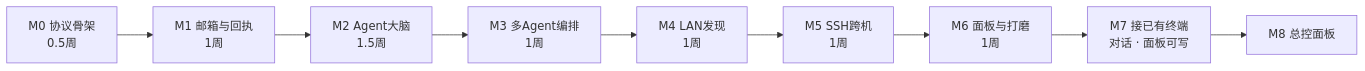
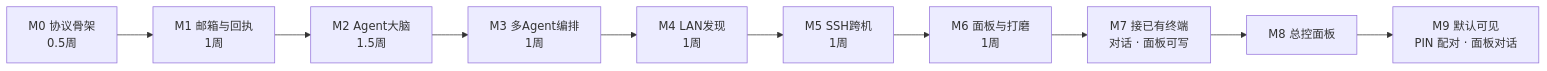
One commit to ykxian/anthill changed the diagram in docs/04-roadmap.md. Above: the diagram before and after it, drawn with Mermaid. The commit also changed other lines of this file and 34 other files, not shown here.

First line of the commit message:
feat: 自动一点 —— 默认可见、PIN 配对、面板上对话与配别的机器（M9）

````diff
--- a/docs/04-roadmap.md
+++ b/docs/04-roadmap.md
@@ -8,6 +8,6 @@
 ```mermaid
 flowchart LR
     M0[M0 协议骨架<br/>0.5周] --> M1[M1 邮箱与回执<br/>1周] --> M2[M2 Agent大脑<br/>1.5周]
     M2 --> M3[M3 多Agent编排<br/>1周] --> M4[M4 LAN发现<br/>1周] --> M5[M5 SSH跨机<br/>1周] --> M6[M6 面板与打磨<br/>1周]
-    M6 --> M7[M7 接已有终端<br/>对话 · 面板可写] --> M8[M8 总控面板]
+    M6 --> M7[M7 接已有终端<br/>对话 · 面板可写] --> M8[M8 总控面板] --> M9[M9 默认可见<br/>PIN 配对 · 面板对话]
 ```
````
